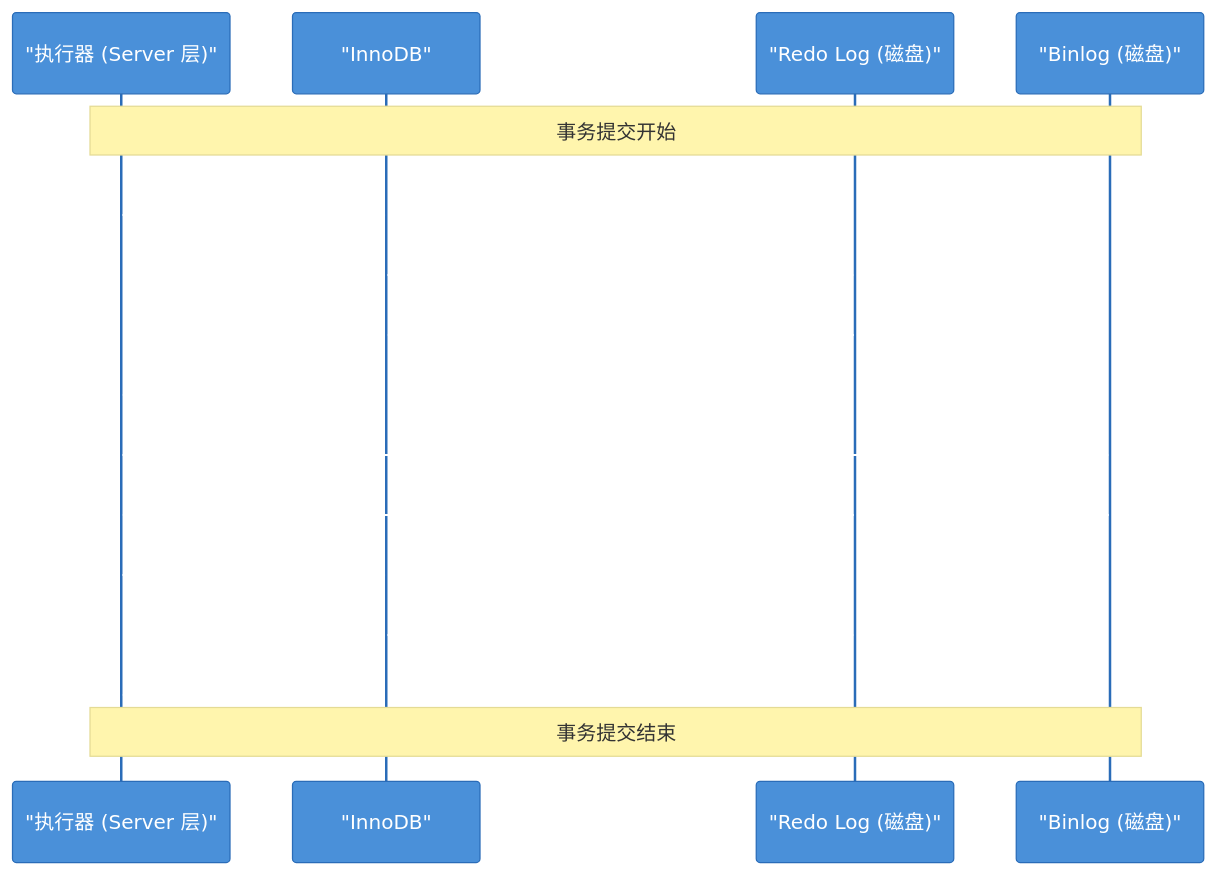
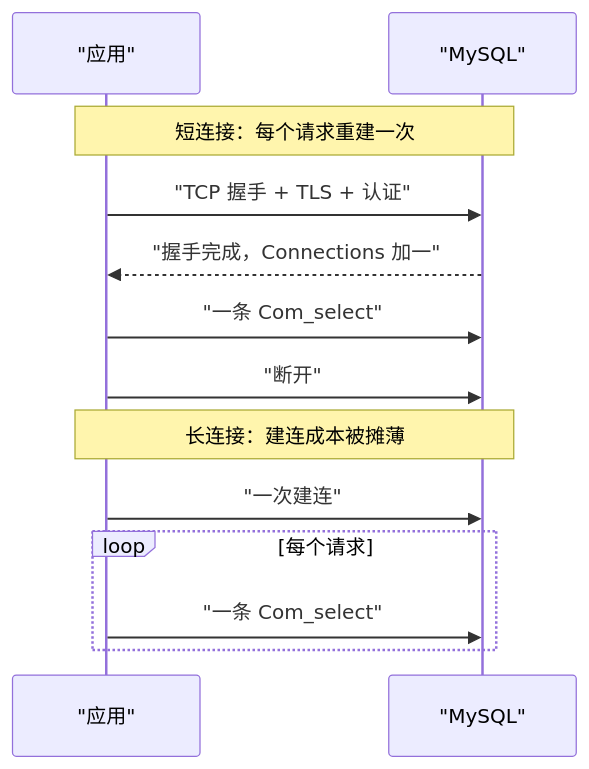
Before and after one commit to hpliStartAgain/my-brain: the third of 6 diagrams in content/中间件/MySQL/MySQL架构与底层原理/01 MySQL 全局架构——一条 SQL 的完整生命周期.md, drawn with Mermaid. The commit also changed other lines of this file and 455 other files, not shown here.

````diff
--- a/content/中间件/MySQL/MySQL架构与底层原理/01 MySQL 全局架构——一条 SQL 的完整生命周期.md
+++ b/content/中间件/MySQL/MySQL架构与底层原理/01 MySQL 全局架构——一条 SQL 的完整生命周期.md
@@ -522,24 +195,16 @@
 ```mermaid
-%%{init: {'theme': 'base', 'themeVariables': {'primaryColor': '#4A90D9', 'primaryTextColor': '#fff', 'primaryBorderColor': '#2A6CB8', 'lineColor': '#5C6BC0', 'secondaryColor': '#81C784', 'tertiaryColor': '#FFB74D'}}}%%
+%%{init: {'theme': 'dracula'}}%%
 sequenceDiagram
-    participant Exec as "执行器 (Server 层)"
-    participant InnoDB as "InnoDB"
-    participant RedoLog as "Redo Log (磁盘)"
-    participant BinlogDisk as "Binlog (磁盘)"
-
-    Note over Exec,BinlogDisk: 事务提交开始
-    
-    Exec->>InnoDB: "请求 Prepare"
-    InnoDB->>RedoLog: "写入 Redo Log, 状态=PREPARE, fsync"
-    RedoLog-->>InnoDB: "fsync 完成"
-    InnoDB-->>Exec: "Prepare 完成"
-
-    Exec->>BinlogDisk: "写入 Binlog, fsync"
-    BinlogDisk-->>Exec: "fsync 完成"
-
-    Exec->>InnoDB: "请求 Commit"
-    InnoDB->>RedoLog: "标记事务状态=COMMIT"
-    InnoDB-->>Exec: "Commit 完成"
-
-    Note over Exec,BinlogDisk: 事务提交结束
+    participant App as "应用"
+    participant SQL as "MySQL"
+    Note over App,SQL: 短连接：每个请求重建一次
+    App->>SQL: "TCP 握手 + TLS + 认证"
+    SQL-->>App: "握手完成，Connections 加一"
+    App->>SQL: "一条 Com_select"
+    App->>SQL: "断开"
+    Note over App,SQL: 长连接：建连成本被摊薄
+    App->>SQL: "一次建连"
+    loop 每个请求
+        App->>SQL: "一条 Com_select"
+    end
 ```
````
